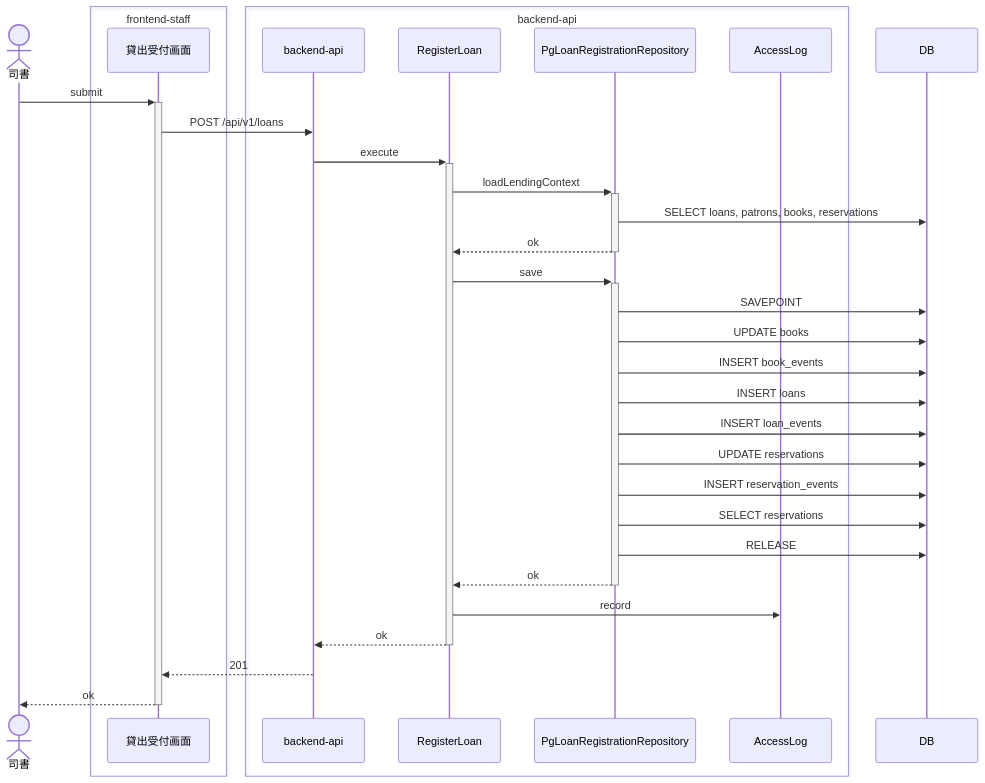
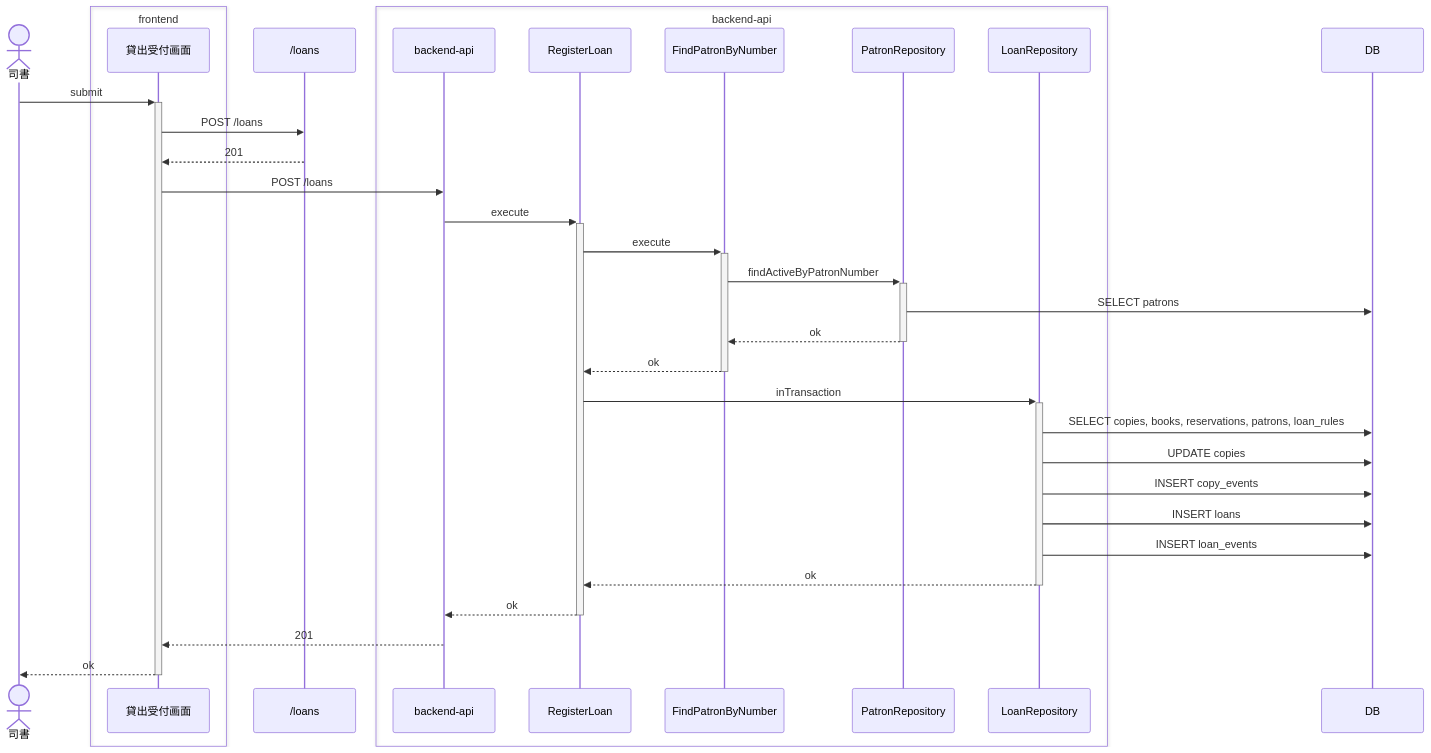
One commit to suwa-sh/suwa-sh-claude-plugins changed the third of 6 diagrams in samples/distillery2/library-loan/docs/as-built/貸出業務/貸出を登録する/sequence.md. Above: the diagram before and after it, drawn with Mermaid. The commit also changed other lines of this file and 249 other files, not shown here.

````diff
--- a/samples/distillery2/library-loan/docs/as-built/貸出業務/貸出を登録する/sequence.md
+++ b/samples/distillery2/library-loan/docs/as-built/貸出業務/貸出を登録する/sequence.md
@@ -112,35 +83,36 @@
 ```mermaid
 sequenceDiagram
     actor p0 as 司書
-    box transparent frontend-staff
+    box transparent frontend
         participant p1 as 貸出受付画面
     end
+    participant p2 as /loans
     box transparent backend-api
-        participant p2 as backend-api
-        participant p3 as RegisterLoan
-        participant p4 as PgLoanRegistrationRepository
-        participant p6 as AccessLog
+        participant p3 as backend-api
+        participant p4 as RegisterLoan
+        participant p5 as FindPatronByNumber
+        participant p6 as PatronRepository
+        participant p8 as LoanRepository
     end
-    participant p5 as DB
+    participant p7 as DB
     p0->>+p1: submit
-    p1->>p2: POST /api/v1/loans
-    p2->>+p3: execute
-    p3->>+p4: loadLendingContext
-    p4->>p5: SELECT loans, patrons, books, reservations
+    p1->>p2: POST /loans
+    p2-->>p1: 201
+    p1->>p3: POST /loans
+    p3->>+p4: execute
+    p4->>+p5: execute
+    p5->>+p6: findActiveByPatronNumber
+    p6->>p7: SELECT patrons
+    p6-->>-p5: ok
+    p5-->>-p4: ok
+    p4->>+p8: inTransaction
+    p8->>p7: SELECT copies, books, reservations, patrons, loan_rules
+    p8->>p7: UPDATE copies
+    p8->>p7: INSERT copy_events
+    p8->>p7: INSERT loans
+    p8->>p7: INSERT loan_events
+    p8-->>-p4: ok
     p4-->>-p3: ok
-    p3->>+p4: save
-    p4->>p5: SAVEPOINT
-    p4->>p5: UPDATE books
-    p4->>p5: INSERT book_events
-    p4->>p5: INSERT loans
-    p4->>p5: INSERT loan_events
-    p4->>p5: UPDATE reservations
-    p4->>p5: INSERT reservation_events
-    p4->>p5: SELECT reservations
-    p4->>p5: RELEASE
-    p4-->>-p3: ok
-    p3->>p6: record
-    p3-->>-p2: ok
-    p2-->>p1: 201
+    p3-->>p1: 201
     p1-->>-p0: ok
 ```
````
